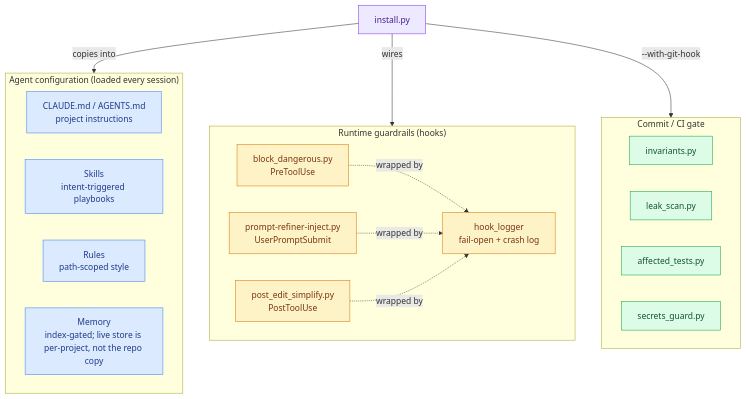
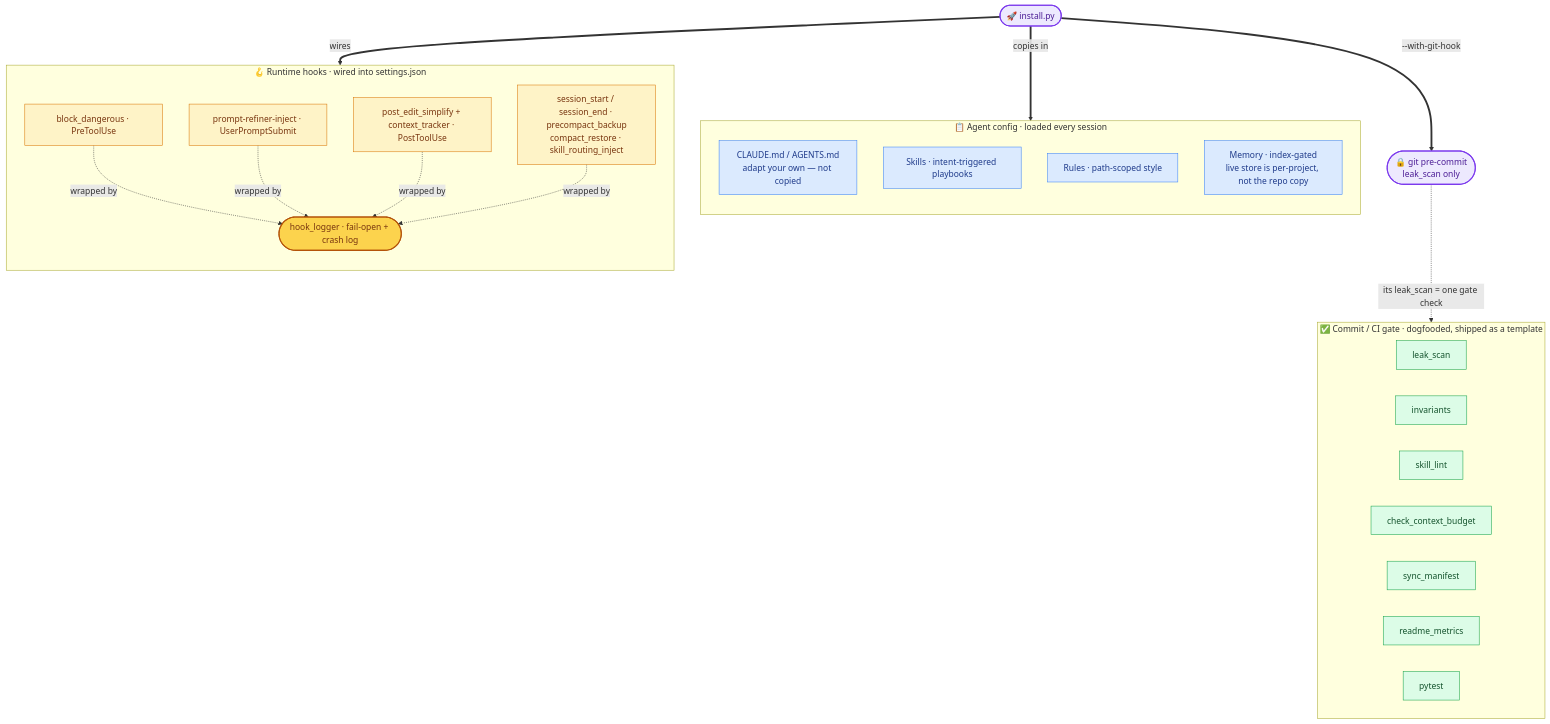
The diagram in README.md (doivamong/agent-workbench), drawn with Mermaid before and after one commit. The commit also changed other lines of this file and 2 other files, not shown here.

Commit message:
docs: rewrite Vietnamese README + add VI PHILOSOPHY + fix/polish architecture diagram (#26)
Two multi-expert councils rewrote the Vietnamese docs into natural, faithful prose, plus a ground-truth correction of the architecture diagram.

- docs/README.vi.md: fix encode-sense 'mã hoá' (4x), de-calque hyphen compounds, unify 'lưới an toàn'; keep English dev terms; structure/anchors/links/mermaid/numbers preserved.
- docs/PHILOSOPHY.vi.md (new): faithful translation of the canon; motto kept English, bilingual tenet names, 'seatbelts'->'dây an toàn', ../-prefixed links.
- README.md + README.vi.md: correct the 'how it fits together' mermaid to match install.py and the real gate (drop affected_tests/secrets_guard, --with-git-hook=leak_scan only, CLAUDE/AGENTS adapt-your-own, add context_tracker+lifecycle hooks), then polish it.

pytest 405 green, leak_scan clean, 6/6 CI matrix SUCCESS.

````diff
--- a/README.md
+++ b/README.md
@@ -116,41 +116,45 @@
 ```mermaid
 flowchart TB
-    subgraph agent["Agent configuration (loaded every session)"]
-        cfg["CLAUDE.md / AGENTS.md<br/>project instructions"]
-        skills["Skills<br/>intent-triggered playbooks"]
-        rules["Rules<br/>path-scoped style"]
-        mem["Memory<br/>index-gated; live store is per-project, not the repo copy"]
+    install(["🚀 install.py"]):::entry
+
+    install ==>|copies in| AG
+    install ==>|wires| HK
+    install ==>|"--with-git-hook"| GH(["🔒 git pre-commit<br/>leak_scan only"]):::entry
+
+    subgraph AG["📋 Agent config · loaded every session"]
+        direction TB
+        cfg["CLAUDE.md / AGENTS.md<br/>adapt your own — not copied"]:::cfg
+        skills["Skills · intent-triggered playbooks"]:::cfg
+        rules["Rules · path-scoped style"]:::cfg
+        mem["Memory · index-gated<br/>live store is per-project, not the repo copy"]:::cfg
     end
 
-    subgraph guards["Runtime guardrails (hooks)"]
-        block["block_dangerous.py<br/>PreToolUse"]
-        refine["prompt-refiner-inject.py<br/>UserPromptSubmit"]
-        simplify["post_edit_simplify.py<br/>PostToolUse"]
-        wrap["hook_logger<br/>fail-open + crash log"]
+    subgraph HK["🪝 Runtime hooks · wired into settings.json"]
+        direction TB
+        block["block_dangerous · PreToolUse"]:::hook
+        refine["prompt-refiner-inject · UserPromptSubmit"]:::hook
+        edits["post_edit_simplify + context_tracker · PostToolUse"]:::hook
+        life["session_start / session_end · precompact_backup<br/>compact_restore · skill_routing_inject"]:::hook
+        wrap(["hook_logger · fail-open + crash log"]):::wrapn
+        block & refine & edits & life -.->|wrapped by| wrap
     end
 
-    subgraph gate["Commit / CI gate"]
-        inv["invariants.py"]
-        leak["leak_scan.py"]
-        aff["affected_tests.py"]
-        sec["secrets_guard.py"]
+    subgraph GT["✅ Commit / CI gate · dogfooded, shipped as a template"]
+        direction LR
+        leak["leak_scan"]:::chk
+        inv["invariants"]:::chk
+        slint["skill_lint"]:::chk
+        ctxb["check_context_budget"]:::chk
+        man["sync_manifest"]:::chk
+        metr["readme_metrics"]:::chk
+        tests["pytest"]:::chk
     end
 
-    install["install.py"] -->|copies into| agent
-    install -->|wires| guards
-    install -->|"--with-git-hook"| gate
+    GH -.->|"its leak_scan = one gate check"| leak
 
-    block -.->|wrapped by| wrap
-    refine -.->|wrapped by| wrap
-    simplify -.->|wrapped by| wrap
-
-    classDef config fill:#dbeafe,stroke:#3b82f6,color:#1e3a8a
+    classDef entry fill:#ede9fe,stroke:#7c3aed,stroke-width:2px,color:#4c1d95
+    classDef cfg fill:#dbeafe,stroke:#3b82f6,color:#1e3a8a
     classDef hook fill:#fef3c7,stroke:#d97706,color:#78350f
-    classDef check fill:#dcfce7,stroke:#16a34a,color:#14532d
-    classDef entry fill:#ede9fe,stroke:#7c3aed,color:#4c1d95
-
-    class cfg,skills,rules,mem config
-    class block,refine,simplify,wrap hook
-    class inv,leak,aff,sec check
-    class install entry
+    classDef wrapn fill:#fcd34d,stroke:#b45309,stroke-width:2px,color:#78350f
+    classDef chk fill:#dcfce7,stroke:#16a34a,color:#14532d
 ```
````
